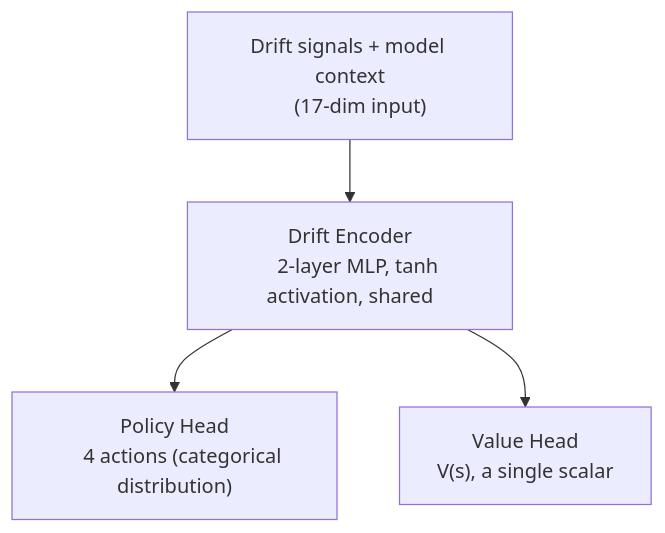
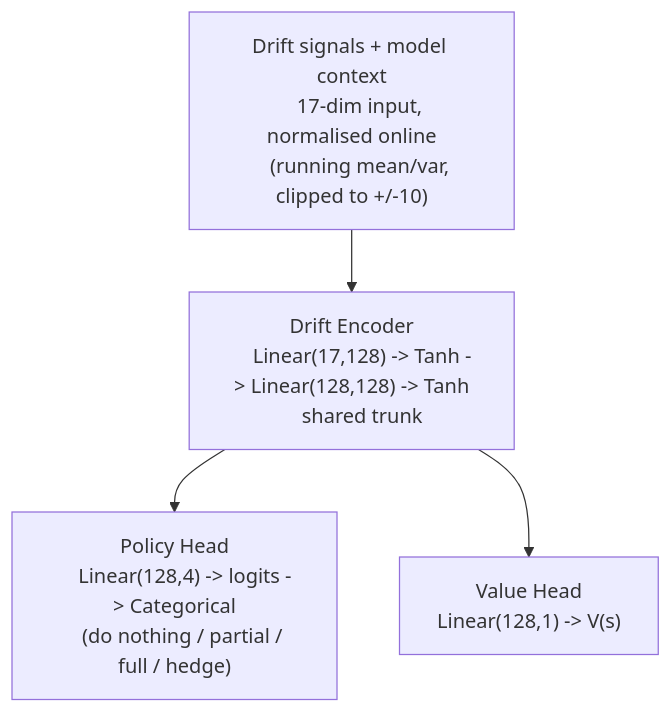
One commit to basavarajdj/IAAI changed the third of 3 diagrams in drift-detection/report/RESEARCH_PRESENTATION.md. Above: the diagram before and after it, drawn with Mermaid. The commit also changed other lines of this file and 15 other files, not shown here.

````diff
--- a/drift-detection/report/RESEARCH_PRESENTATION.md
+++ b/drift-detection/report/RESEARCH_PRESENTATION.md
@@ -1027,10 +1272,13 @@
 ```mermaid
 flowchart TD
     IN["Drift signals + model context
-    (17-dim input)"] --> ENC["Drift Encoder
-    2-layer MLP, tanh activation, shared"]
+    17-dim input, normalised online
+    (running mean/var, clipped to +/-10)"] --> ENC["Drift Encoder
+    Linear(17,128) -> Tanh -> Linear(128,128) -> Tanh
+    shared trunk"]
     ENC --> POL["Policy Head
-    4 actions (categorical distribution)"]
+    Linear(128,4) -> logits -> Categorical
+    (do nothing / partial / full / hedge)"]
     ENC --> VAL["Value Head
-    V(s), a single scalar"]
+    Linear(128,1) -> V(s)"]
 ```
````
